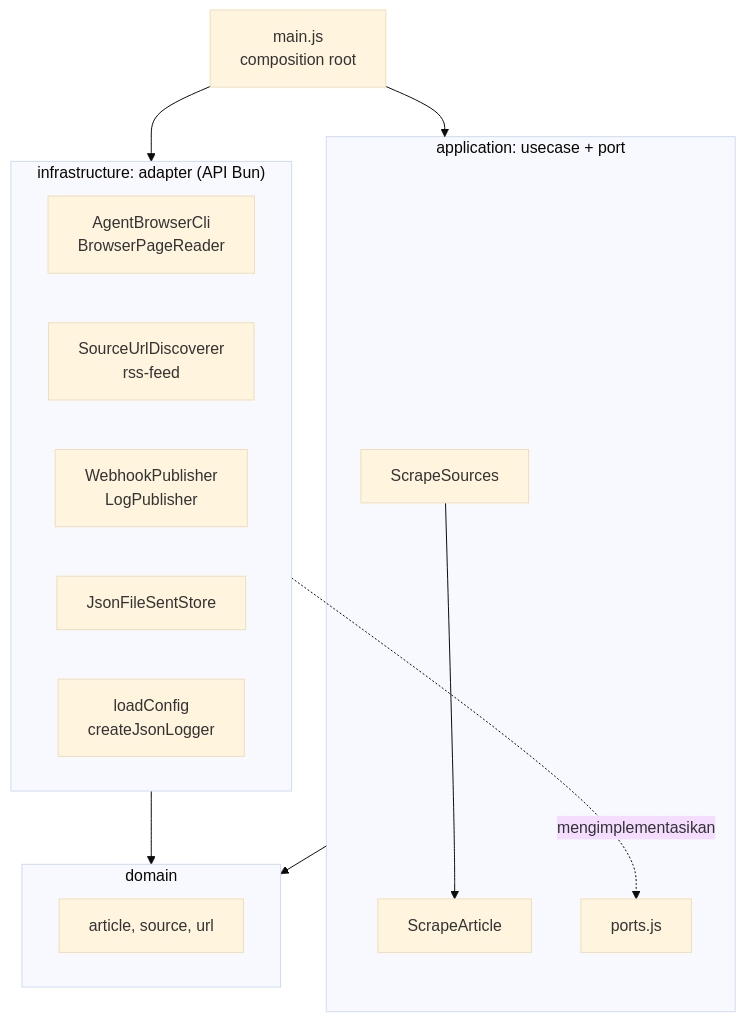
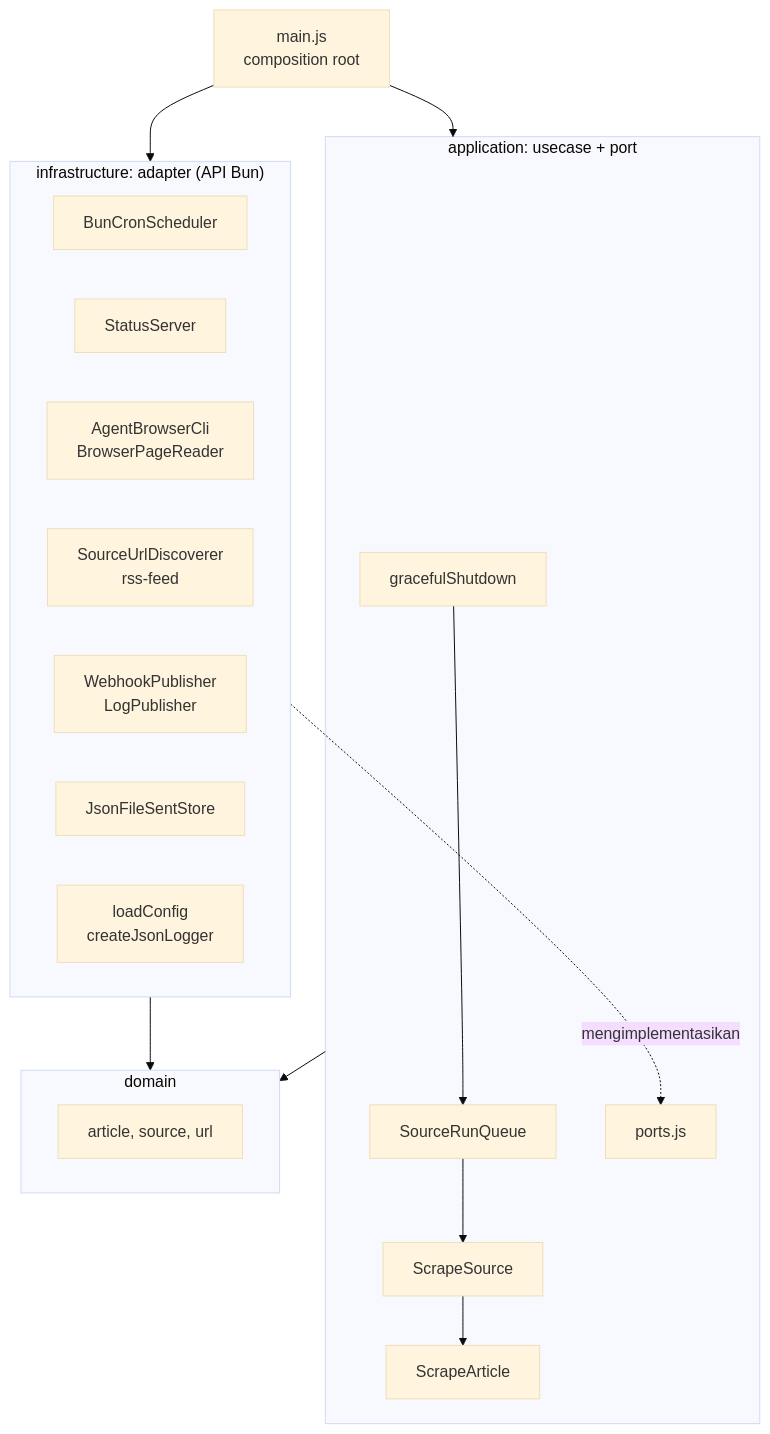
The fifth of 5 diagrams in scraper/README.md (adehikmatfr/news-scrap), drawn with Mermaid (base theme) before and after one commit. The commit also changed other lines of this file and 35 other files, not shown here.

First line of the commit message:
Mode server dengan jadwal cron per sumber

````diff
--- a/scraper/README.md
+++ b/scraper/README.md
@@ -300,25 +339,31 @@
 ```mermaid
 flowchart TB
     M["main.js<br/>composition root"]
     subgraph INF["infrastructure: adapter (API Bun)"]
+        SC["BunCronScheduler"]
+        HS["StatusServer"]
         AB["AgentBrowserCli<br/>BrowserPageReader"]
         DS["SourceUrlDiscoverer<br/>rss-feed"]
         PB["WebhookPublisher<br/>LogPublisher"]
         ST["JsonFileSentStore"]
         CF["loadConfig<br/>createJsonLogger"]
     end
     subgraph APP["application: usecase + port"]
-        SS["ScrapeSources"]
+        GS["gracefulShutdown"]
+        Q["SourceRunQueue"]
+        SS["ScrapeSource"]
         SA["ScrapeArticle"]
         PT["ports.js"]
     end
     subgraph DOM["domain"]
         AR["article, source, url"]
     end
     M --> INF
     M --> APP
     INF -. mengimplementasikan .-> PT
+    GS --> Q
+    Q --> SS
     SS --> SA
     APP --> DOM
     INF --> DOM
 ```
````
